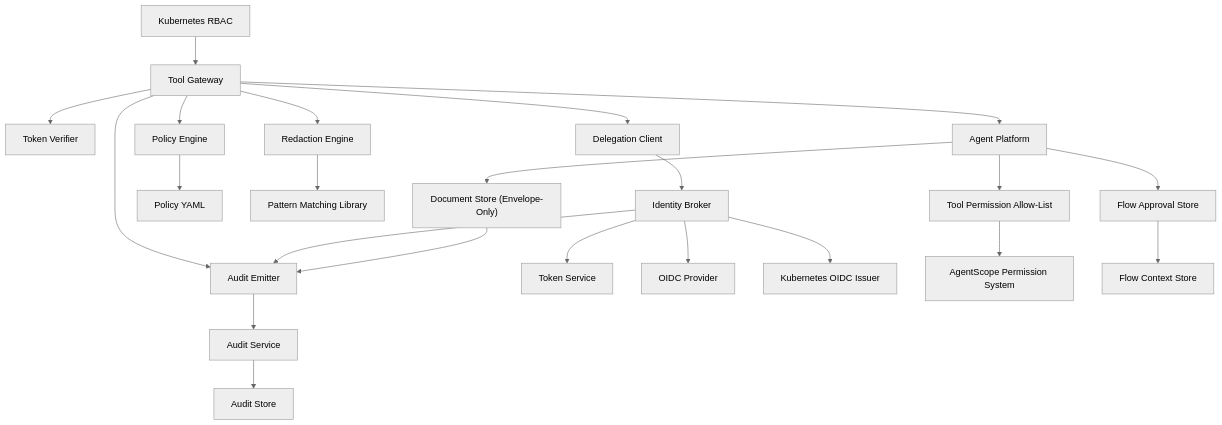
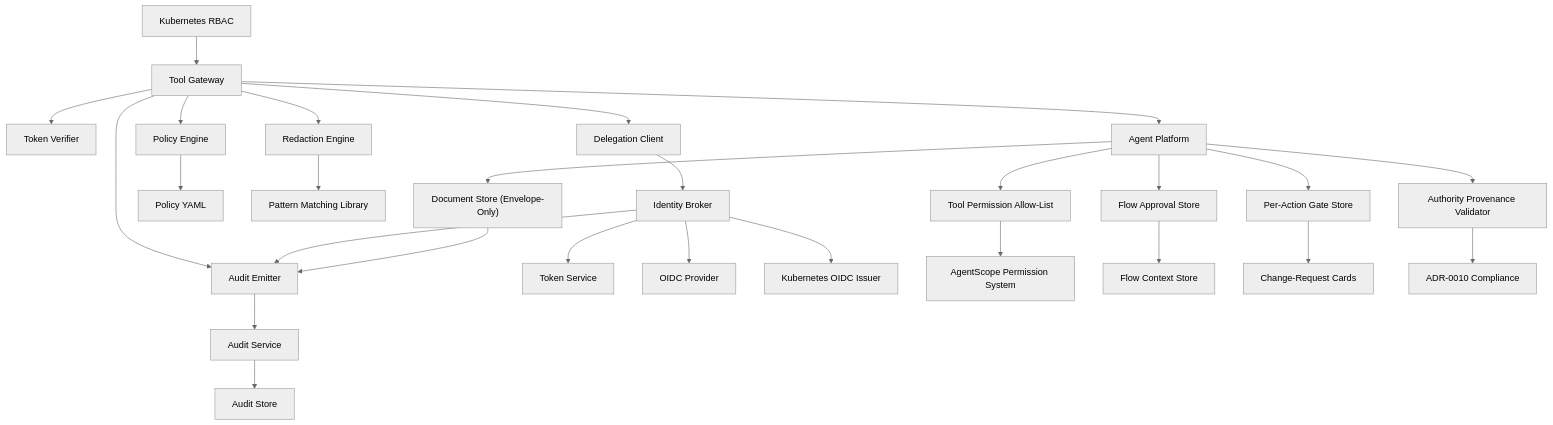
One commit to metasync/luban-aiops changed diagram 12 of 12 in .qoder/repowiki/en/content/Security Guide/Security Guide.md. Above: the diagram before and after it, drawn with Mermaid (neutral theme). The commit also changed other lines of this file and 24 other files, not shown here.

````diff
--- a/.qoder/repowiki/en/content/Security Guide/Security Guide.md
+++ b/.qoder/repowiki/en/content/Security Guide/Security Guide.md
@@ -597,25 +665,29 @@
 ```mermaid
 graph TB
 Gateway["Tool Gateway"] --> TokenVerifier["Token Verifier"]
 Gateway --> PolicyEngine["Policy Engine"]
 Gateway --> AgentPlatform["Agent Platform"]
 Gateway --> DelegationClient["Delegation Client"]
 Gateway --> RedactionEngine["Redaction Engine"]
 Gateway --> AuditEmitter["Audit Emitter"]
 IdentityBroker["Identity Broker"] --> TokenService["Token Service"]
 IdentityBroker --> OIDCProvider["OIDC Provider"]
 IdentityBroker --> WorkloadOIDC["Kubernetes OIDC Issuer"]
 IdentityBroker --> AuditEmitter
 PolicyEngine --> PolicyYAML["Policy YAML"]
 RBAC["Kubernetes RBAC"] --> Gateway
 DelegationClient --> IdentityBroker
 RedactionEngine --> PatternMatching["Pattern Matching Library"]
 AgentPlatform --> AllowList["Tool Permission Allow-List"]
 AgentPlatform --> FlowStore["Flow Approval Store"]
+AgentPlatform --> PerActionStore["Per-Action Gate Store"]
 AgentPlatform --> DocStore["Document Store (Envelope-Only)"]
+AgentPlatform --> AuthorityProvenance["Authority Provenance Validator"]
 AllowList --> AgentScope["AgentScope Permission System"]
 FlowStore --> FlowContext["Flow Context Store"]
+PerActionStore --> ChangeRequest["Change-Request Cards"]
 DocStore --> AuditEmitter
+AuthorityProvenance --> ADR0010["ADR-0010 Compliance"]
 AuditEmitter --> AuditService["Audit Service"]
 AuditService --> AuditStore["Audit Store"]
 ```
````
